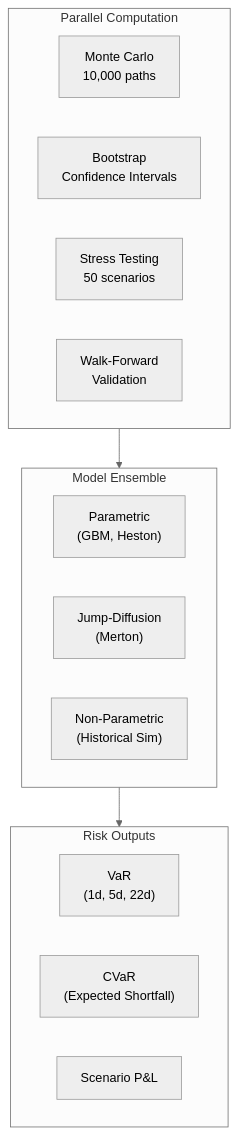
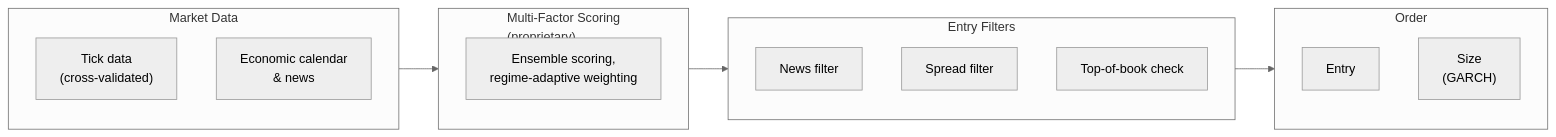
Before and after one commit to blackholefund/external_docs: the diagram in docs/quantitative/models.md, drawn with Mermaid (neutral theme). The commit also changed other lines of this file and 17 other files, not shown here.

````diff
--- a/docs/quantitative/models.md
+++ b/docs/quantitative/models.md
@@ -459,24 +13,24 @@
 ```mermaid
-flowchart TB
-    subgraph Parallel["Parallel Computation"]
-        MC["Monte Carlo\n10,000 paths"]
-        Boot["Bootstrap\nConfidence Intervals"]
-        Stress["Stress Testing\n50 scenarios"]
-        WalkFwd["Walk-Forward\nValidation"]
+flowchart LR
+    subgraph Input["Market Data"]
+        Ticks["Tick data\n(cross-validated)"]
+        Calendar["Economic calendar\n& news"]
     end
 
-    subgraph Models["Model Ensemble"]
-        Para["Parametric\n(GBM, Heston)"]
-        Jump["Jump-Diffusion\n(Merton)"]
-        NonPara["Non-Parametric\n(Historical Sim)"]
+    subgraph Engine["Multi-Factor Scoring\n(proprietary)"]
+        Score["Ensemble scoring,\nregime-adaptive weighting"]
     end
 
-    subgraph Output["Risk Outputs"]
-        VaR["VaR\n(1d, 5d, 22d)"]
-        CVaR["CVaR\n(Expected Shortfall)"]
-        Scenarios["Scenario P&L"]
+    subgraph Filters["Entry Filters"]
+        News["News filter"]
+        Spread["Spread filter"]
+        Depth["Top-of-book check"]
     end
 
-    Parallel --> Models
-    Models --> Output
+    subgraph Output["Order"]
+        Entry["Entry"]
+        Size["Size\n(GARCH)"]
+    end
+
+    Input --> Engine --> Filters --> Output
 ```
````
